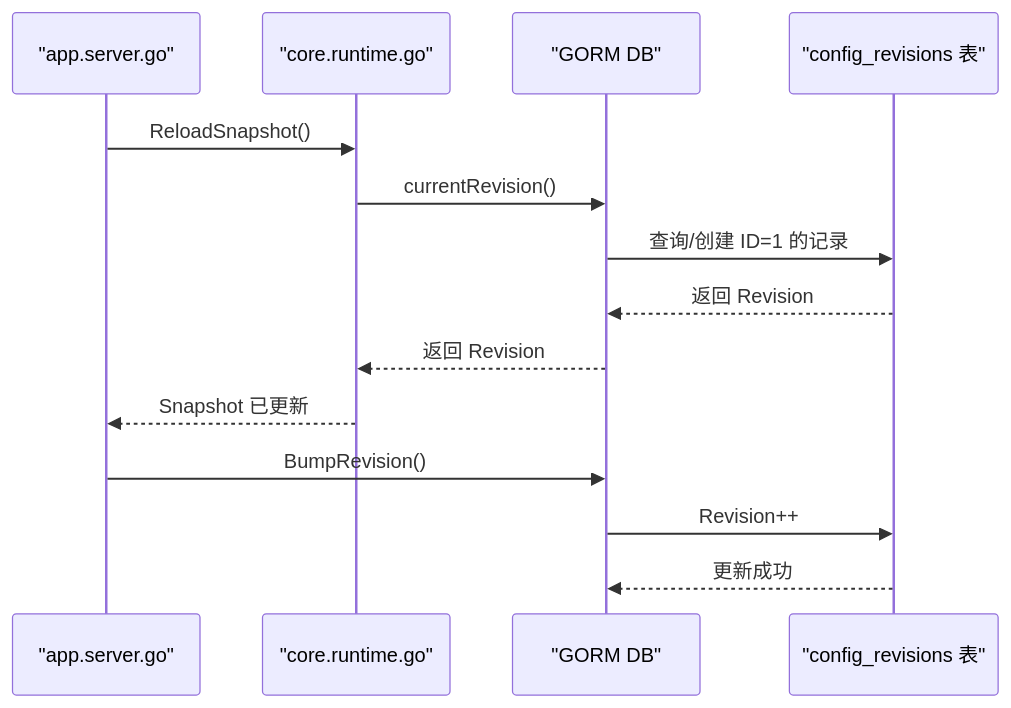
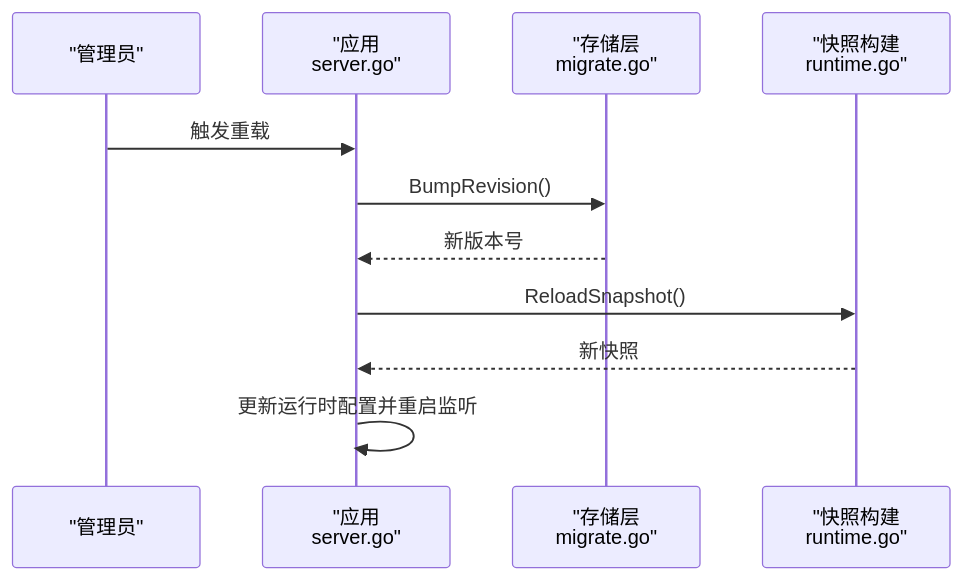
Before and after one commit to x01n/My-OpenWaf: the sixth of 7 diagrams in docs/数据存储层/数据迁移管理.md, drawn with Mermaid. The commit also changed other lines of this file and 199 other files, not shown here.

````diff
--- a/docs/数据存储层/数据迁移管理.md
+++ b/docs/数据存储层/数据迁移管理.md
@@ -234,16 +257,13 @@
 ```mermaid
 sequenceDiagram
-participant App as "app.server.go"
-participant RT as "core.runtime.go"
-participant DB as "GORM DB"
-participant Rev as "config_revisions 表"
-App->>RT : ReloadSnapshot()
-RT->>DB : currentRevision()
-DB->>Rev : 查询/创建 ID=1 的记录
-Rev-->>DB : 返回 Revision
-DB-->>RT : 返回 Revision
-RT-->>App : Snapshot 已更新
-App->>DB : BumpRevision()
-DB->>Rev : Revision++
-Rev-->>DB : 更新成功
+participant Admin as "管理员"
+participant App as "应用<br/>server.go"
+participant Store as "存储层<br/>migrate.go"
+participant Snap as "快照构建<br/>runtime.go"
+Admin->>App : 触发重载
+App->>Store : BumpRevision()
+Store-->>App : 新版本号
+App->>Snap : ReloadSnapshot()
+Snap-->>App : 新快照
+App->>App : 更新运行时配置并重启监听
 ```
````
